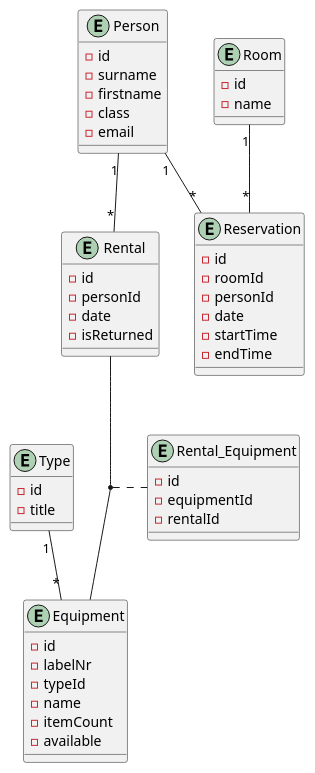
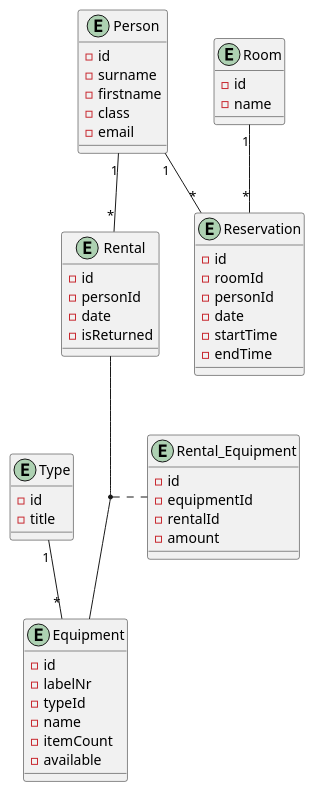
The diagram in dokument/datenmodel.puml (S-Stoeger/OmniaL), drawn with PlantUML before and after one commit.

Commit message:
updeted ERD

```diff
--- a/dokument/datenmodel.puml
+++ b/dokument/datenmodel.puml
@@ -1,62 +1,63 @@
 @startuml
 
 entity Type {
 - id
 - title
 }
 
 entity Equipment {
 - id
 - labelNr
 - typeId
 - name
 - itemCount
 - available
 }
 
 entity Rental {
 - id
 - personId
 - date
 - isReturned
 }
 
 entity Rental_Equipment {
 - id
 - equipmentId
 - rentalId
+- amount
 }
 
 
 entity Room {
 - id
 - name
 }
 
 entity Reservation {
 - id
 - roomId
 - personId
 - date
 - startTime
 - endTime
 }
 
 
 entity Person {
 - id
 - surname
 - firstname
 - class
 - email
 }
 
 
 Room "1"--"*" Reservation
 Person "1"--"*" Reservation
 Type "1" -- "*" Equipment
 Person "1"--"*" Rental
 
 (Rental, Equipment) .. Rental_Equipment
 
 @enduml
```
